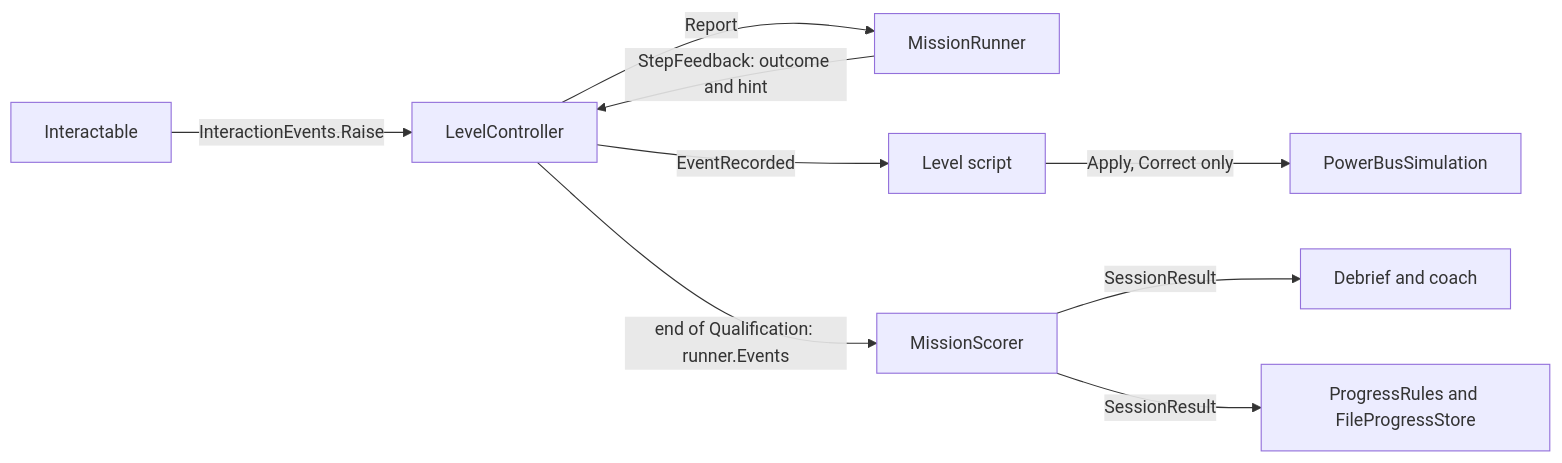
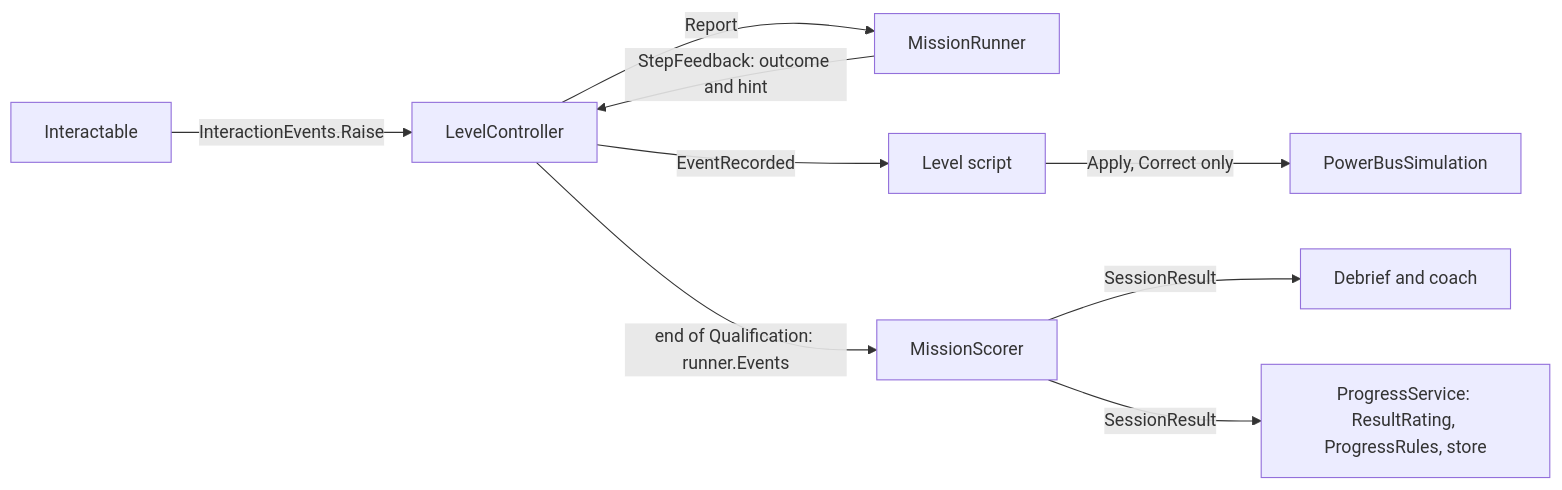
The first of 2 diagrams in Assets/ASTRA/Core/README.md (dhruvsharma06-web/nasa-space-apps), drawn with Mermaid before and after one commit. The commit also changed other lines of this file and 8 other files, not shown here.

````diff
--- a/Assets/ASTRA/Core/README.md
+++ b/Assets/ASTRA/Core/README.md
@@ -21,11 +24,11 @@
 ```mermaid
 flowchart LR
     I[Interactable] -->|InteractionEvents.Raise| L[LevelController]
     L -->|Report| R[MissionRunner]
     R -->|StepFeedback: outcome and hint| L
     L -->|EventRecorded| V[Level script]
     V -->|Apply, Correct only| P[PowerBusSimulation]
     L -->|end of Qualification: runner.Events| S[MissionScorer]
     S -->|SessionResult| D[Debrief and coach]
-    S -->|SessionResult| G[ProgressRules and FileProgressStore]
+    S -->|SessionResult| G[ProgressService: ResultRating, ProgressRules, store]
 ```
````
